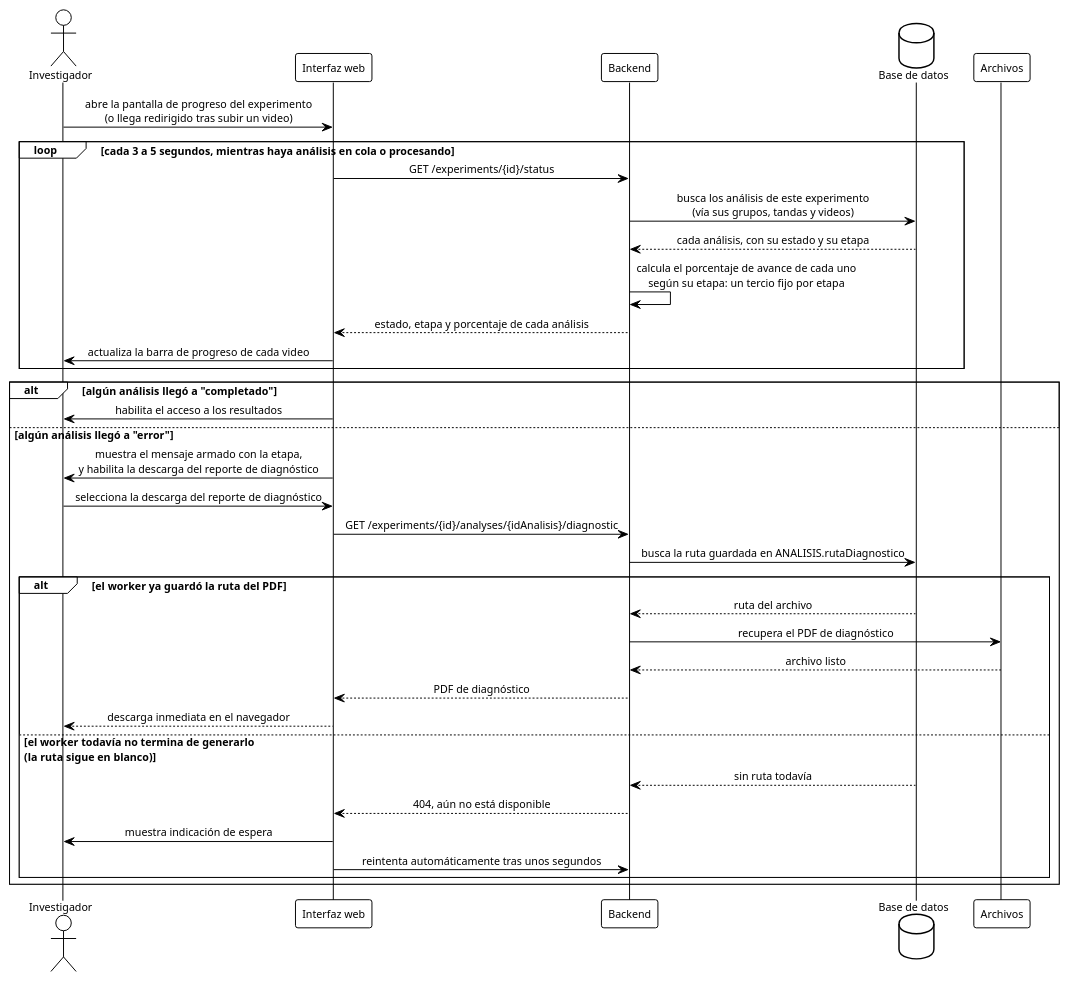
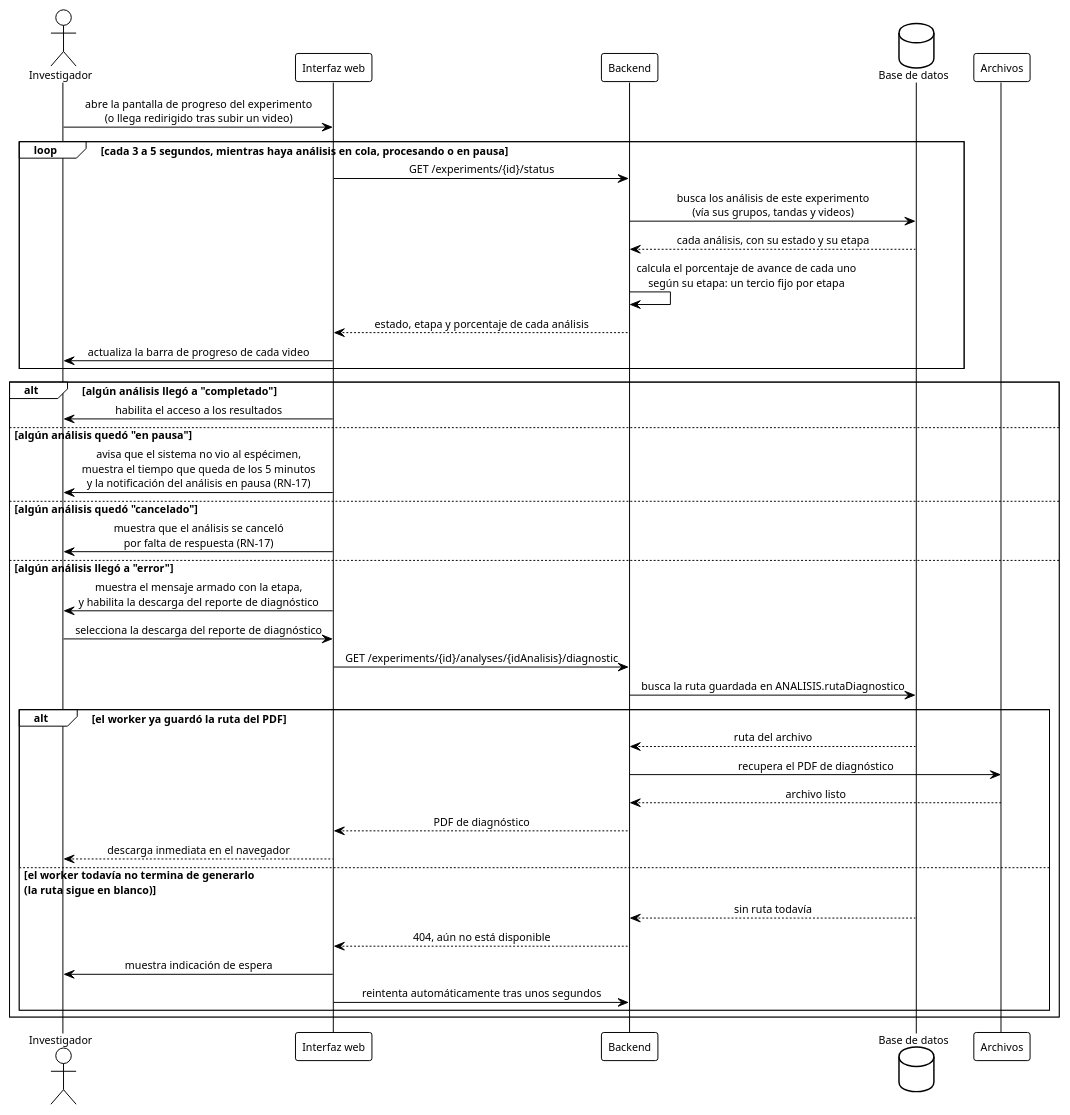
Diagram 32 of 38 in INSTRUCCIONES-WEB.md (ErickJester/fst-ai-system-latex), drawn with PlantUML before and after one commit. The commit also changed other lines of this file and 33 other files, not shown here.

````diff
--- a/INSTRUCCIONES-WEB.md
+++ b/INSTRUCCIONES-WEB.md
@@ -2299,47 +2305,51 @@
 ```plantuml
 @startuml seq_consulta_progreso
 !theme plain
 skinparam defaultFontName Arial
 skinparam defaultFontSize 11
 skinparam shadowing false
 skinparam sequenceMessageAlign center
 skinparam BoxPadding 10
 actor Investigador as inv
 participant "Interfaz web" as ui
 participant Backend as api
 database "Base de datos" as db
 participant "Archivos" as fs
 
 inv -> ui: abre la pantalla de progreso del experimento\n(o llega redirigido tras subir un video)
 
-loop cada 3 a 5 segundos, mientras haya análisis en cola o procesando
+loop cada 3 a 5 segundos, mientras haya análisis en cola, procesando o en pausa
   ui -> api: GET /experiments/{id}/status
   api -> db: busca los análisis de este experimento\n(vía sus grupos, tandas y videos)
   db --> api: cada análisis, con su estado y su etapa
   api -> api: calcula el porcentaje de avance de cada uno\nsegún su etapa: un tercio fijo por etapa
   api --> ui: estado, etapa y porcentaje de cada análisis
   ui -> inv: actualiza la barra de progreso de cada video
 end
 
 alt algún análisis llegó a "completado"
   ui -> inv: habilita el acceso a los resultados
+else algún análisis quedó "en pausa"
+  ui -> inv: avisa que el sistema no vio al espécimen,\nmuestra el tiempo que queda de los 5 minutos\ny la notificación del análisis en pausa (RN-17)
+else algún análisis quedó "cancelado"
+  ui -> inv: muestra que el análisis se canceló\npor falta de respuesta (RN-17)
 else algún análisis llegó a "error"
   ui -> inv: muestra el mensaje armado con la etapa,\ny habilita la descarga del reporte de diagnóstico
   inv -> ui: selecciona la descarga del reporte de diagnóstico
   ui -> api: GET /experiments/{id}/analyses/{idAnalisis}/diagnostic
   api -> db: busca la ruta guardada en ANALISIS.rutaDiagnostico
   alt el worker ya guardó la ruta del PDF
     db --> api: ruta del archivo
     api -> fs: recupera el PDF de diagnóstico
     fs --> api: archivo listo
     api --> ui: PDF de diagnóstico
     ui --> inv: descarga inmediata en el navegador
   else el worker todavía no termina de generarlo\n(la ruta sigue en blanco)
     db --> api: sin ruta todavía
     api --> ui: 404, aún no está disponible
     ui -> inv: muestra indicación de espera
     ui -> api: reintenta automáticamente tras unos segundos
   end
 end
 @enduml
 ```
````
